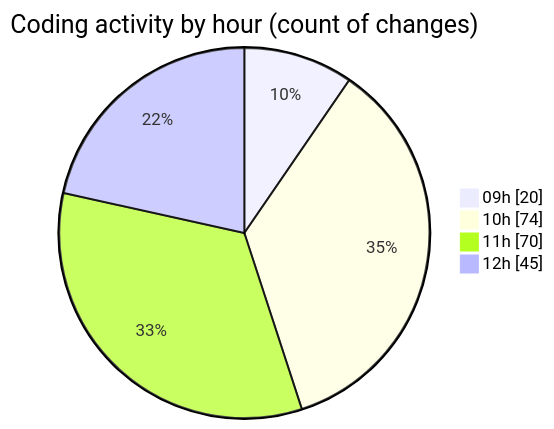
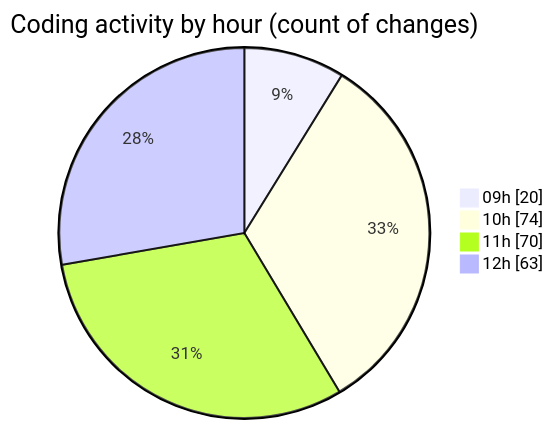
One commit to CELIANVF/code-tracking changed the second of 2 diagrams in 2025-06-06/ecodeli-1/README.md. Above: the diagram before and after it, drawn with Mermaid. The commit also changed other lines of this file and 1 other file, not shown here.

````diff
--- a/2025-06-06/ecodeli-1/README.md
+++ b/2025-06-06/ecodeli-1/README.md
@@ -87,8 +94,8 @@
 ```mermaid
 pie showData
 title Coding activity by hour (count of changes)
 "09h" : 20
 "10h" : 74
 "11h" : 70
-"12h" : 45
+"12h" : 63
 ```
````
